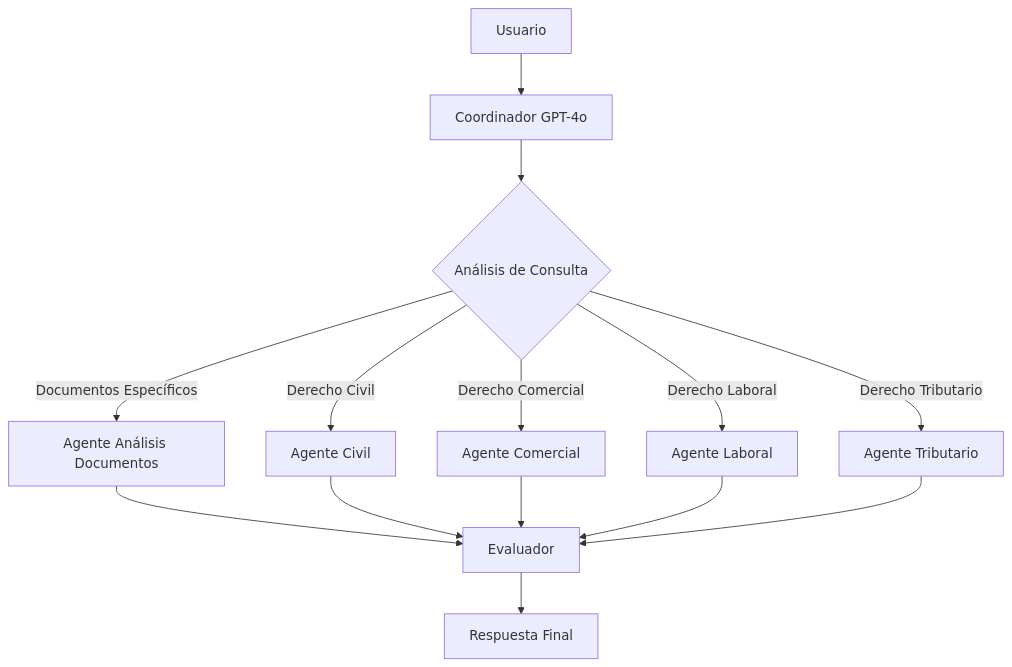
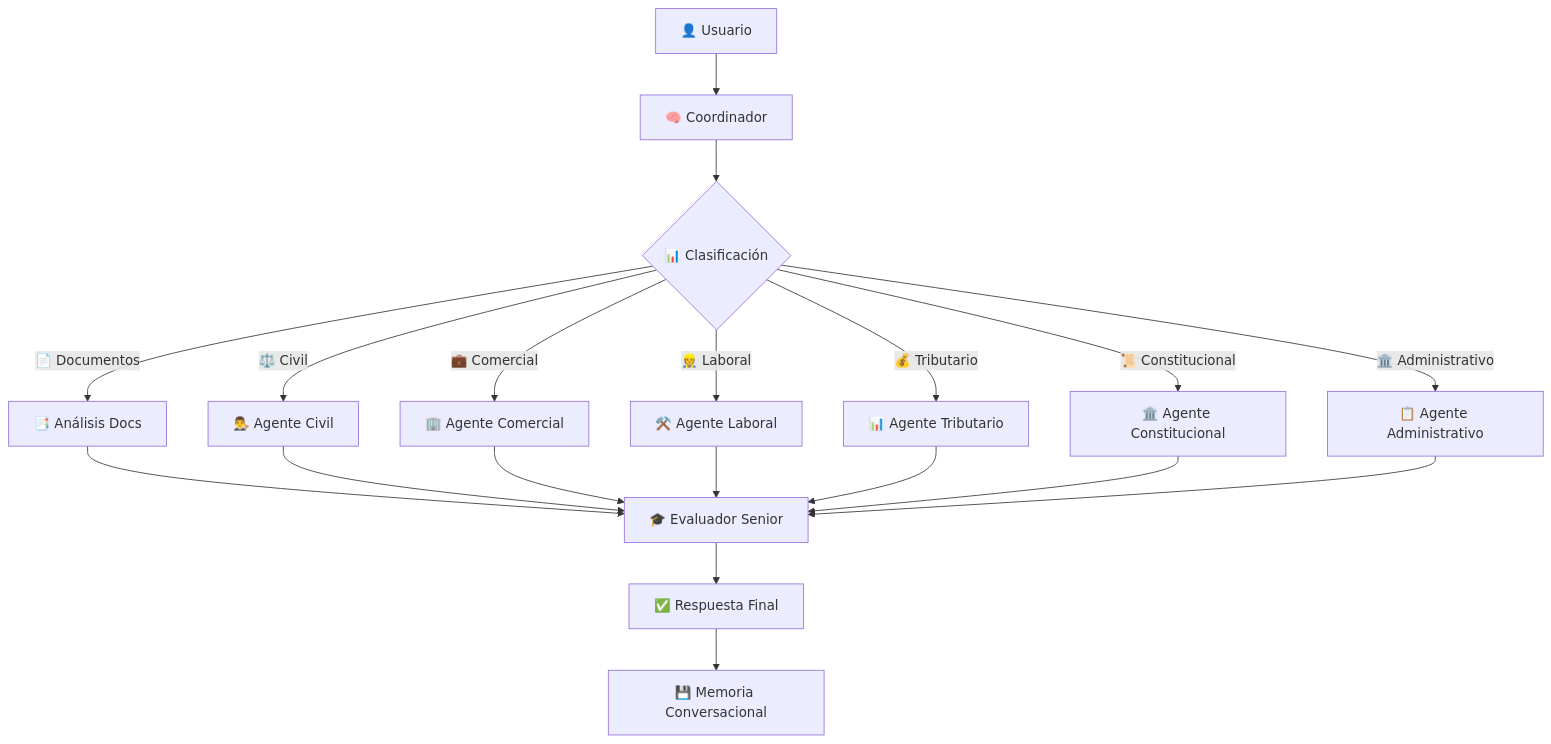
One commit to EstebanDevJR/presentacion changed the diagram in README.md. Above: the diagram before and after it, drawn with Mermaid. The commit also changed other lines of this file, not shown here.

````diff
--- a/README.md
+++ b/README.md
@@ -22,16 +28,21 @@
 ```mermaid
 graph TD
-    A[Usuario] --> B[Coordinador GPT-4o]
-    B --> C{Análisis de Consulta}
-    C -->|Documentos Específicos| D[Agente Análisis Documentos]
-    C -->|Derecho Civil| E[Agente Civil]
-    C -->|Derecho Comercial| F[Agente Comercial]
-    C -->|Derecho Laboral| G[Agente Laboral]
-    C -->|Derecho Tributario| H[Agente Tributario]
-    D --> I[Evaluador]
-    E --> I
-    F --> I
-    G --> I
-    H --> I
-    I --> J[Respuesta Final]
+    A[👤 Usuario] --> B[🧠 Coordinador]
+    B --> C{📊 Clasificación}
+    C -->|📄 Documentos| D[📑 Análisis Docs]
+    C -->|⚖️ Civil| E[👨‍⚖️ Agente Civil]
+    C -->|💼 Comercial| F[🏢 Agente Comercial]
+    C -->|👷 Laboral| G[⚒️ Agente Laboral]
+    C -->|💰 Tributario| H[📊 Agente Tributario]
+    C -->|📜 Constitucional| I[🏛️ Agente Constitucional]
+    C -->|🏛️ Administrativo| J[📋 Agente Administrativo]
+    D --> K[🎓 Evaluador Senior]
+    E --> K
+    F --> K
+    G --> K
+    H --> K
+    I --> K
+    J --> K
+    K --> L[✅ Respuesta Final]
+    L --> M[💾 Memoria Conversacional]
 ```
````
